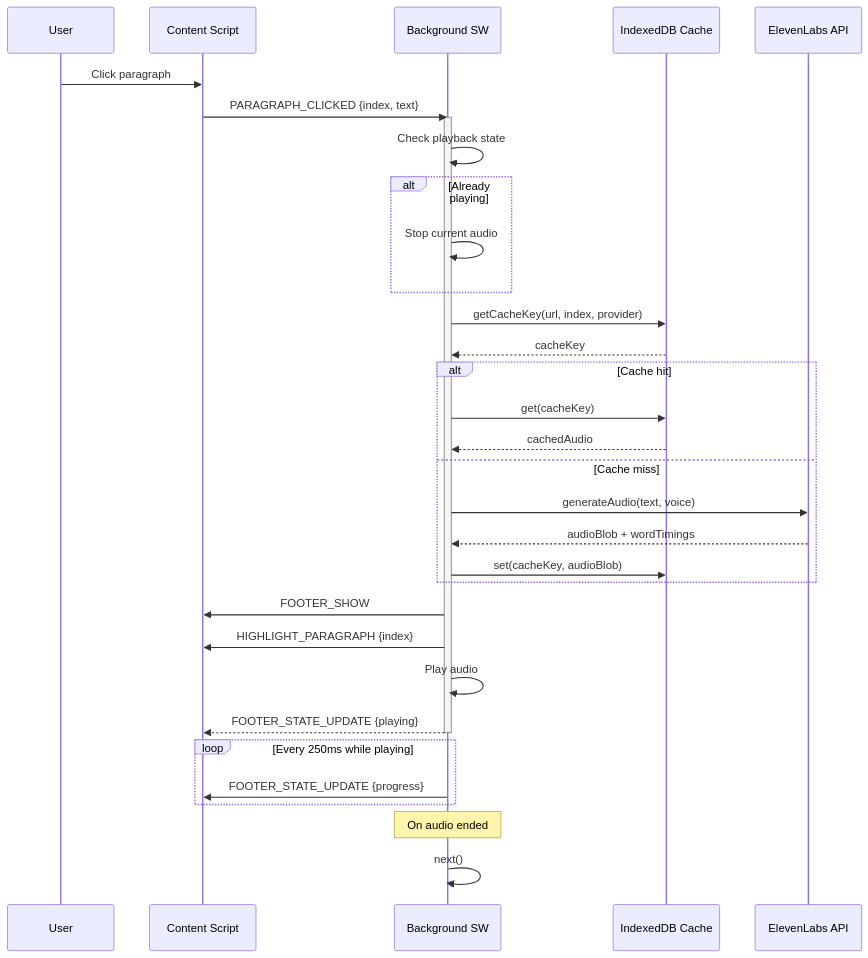
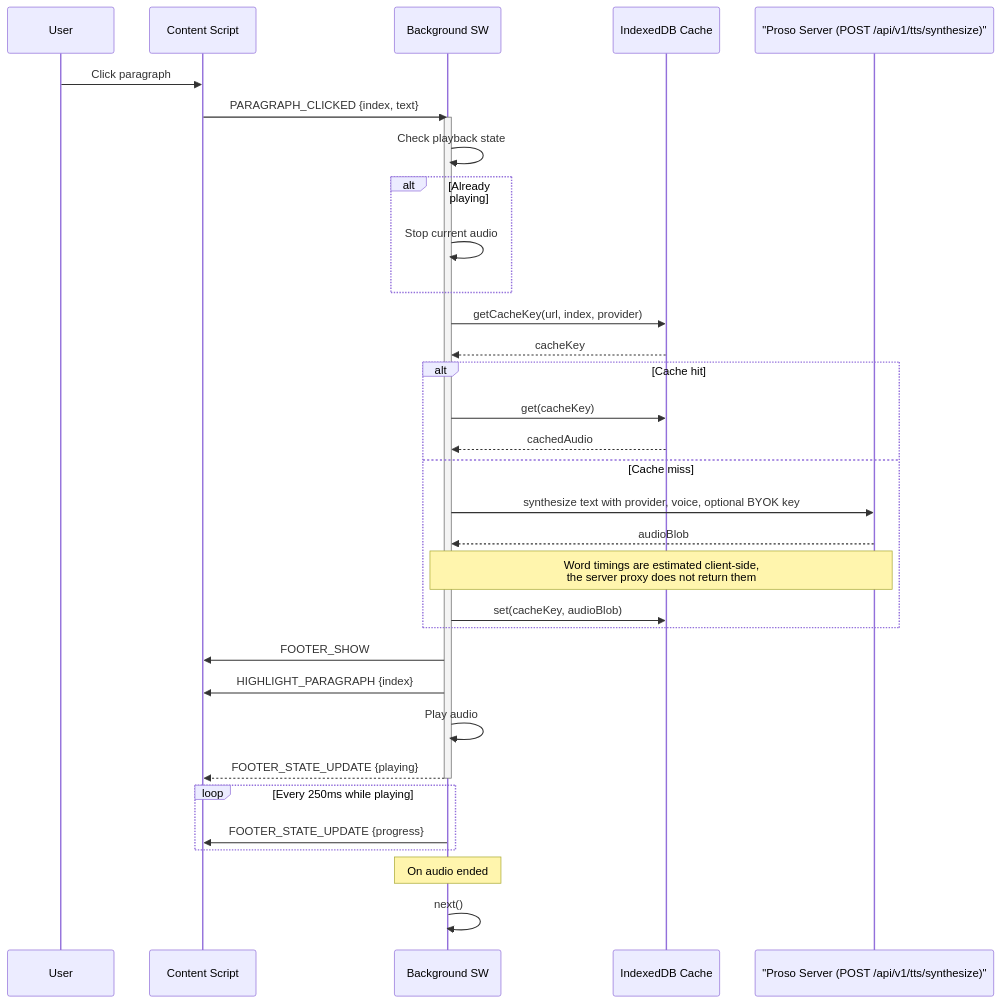
The third of 6 diagrams in docs/architecture/current.md (phsb5321/Proso), drawn with Mermaid before and after one commit. The commit also changed other lines of this file and 4 other files, not shown here.

First line of the commit message:
docs: reconcile architecture audit TTS route (PROSO-79) (#113)

````diff
--- a/docs/architecture/current.md
+++ b/docs/architecture/current.md
@@ -156,43 +156,44 @@
 ```mermaid
 sequenceDiagram
     participant User
     participant Content as Content Script
     participant Background as Background SW
     participant Cache as IndexedDB Cache
-    participant TTS as ElevenLabs API
+    participant TTS as "Proso Server (POST /api/v1/tts/synthesize)"
 
     User->>Content: Click paragraph
     Content->>Background: PARAGRAPH_CLICKED {index, text}
 
     activate Background
     Background->>Background: Check playback state
 
     alt Already playing
         Background->>Background: Stop current audio
     end
 
     Background->>Cache: getCacheKey(url, index, provider)
     Cache-->>Background: cacheKey
 
     alt Cache hit
         Background->>Cache: get(cacheKey)
         Cache-->>Background: cachedAudio
     else Cache miss
-        Background->>TTS: generateAudio(text, voice)
-        TTS-->>Background: audioBlob + wordTimings
+        Background->>TTS: synthesize text with provider, voice, optional BYOK key
+        TTS-->>Background: audioBlob
+        Note over Background,TTS: Word timings are estimated client-side,<br/>the server proxy does not return them
         Background->>Cache: set(cacheKey, audioBlob)
     end
 
     Background->>Content: FOOTER_SHOW
     Background->>Content: HIGHLIGHT_PARAGRAPH {index}
     Background->>Background: Play audio
     Background-->>Content: FOOTER_STATE_UPDATE {playing}
     deactivate Background
 
     loop Every 250ms while playing
         Background->>Content: FOOTER_STATE_UPDATE {progress}
     end
 
     Note over Background: On audio ended
     Background->>Background: next()
 ```
````
